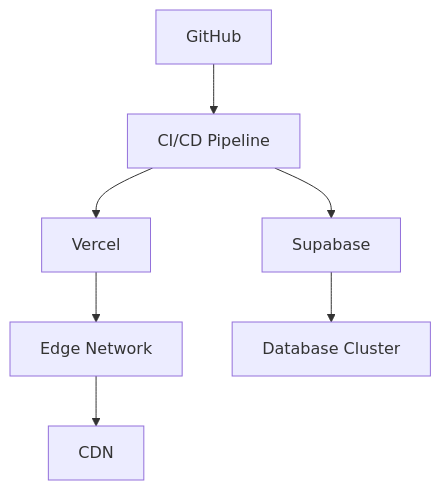
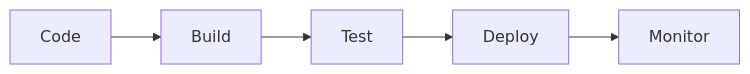
The second of 2 diagrams in docs/architecture/overview.md (neothink-dao/neothink.io), drawn with Mermaid before and after one commit. The commit also changed other lines of this file and 16 other files, not shown here.

Commit message:
docs: restructure documentation and update architecture implementation guide

````diff
--- a/docs/architecture/overview.md
+++ b/docs/architecture/overview.md
@@ -123,9 +242,7 @@
 ```mermaid
-graph TD
-    A[GitHub] --> B[CI/CD Pipeline]
-    B --> C[Vercel]
-    B --> D[Supabase]
-    C --> E[Edge Network]
-    D --> F[Database Cluster]
-    E --> G[CDN]
+graph LR
+    Code[Code] --> Build[Build]
+    Build --> Test[Test]
+    Test --> Deploy[Deploy]
+    Deploy --> Monitor[Monitor]
 ```
````
